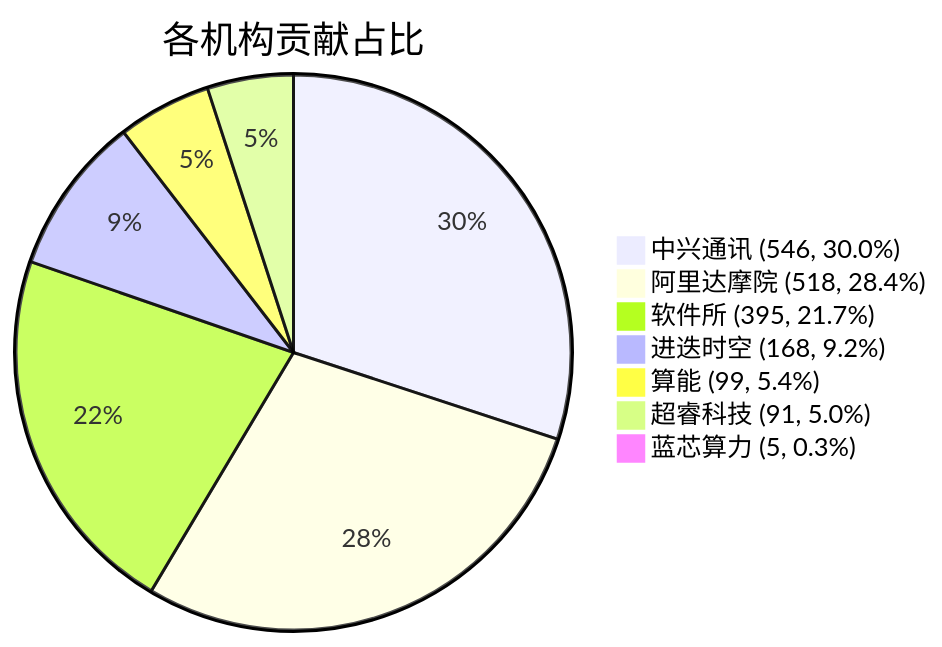
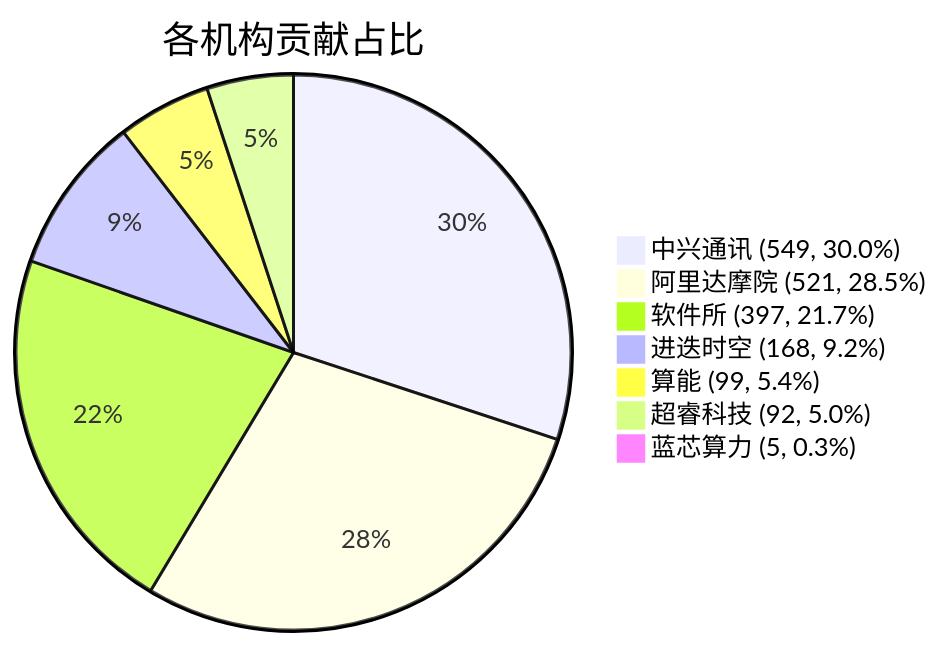
Before and after one commit to RVCK-Project/rvck: the diagram in docs/index.md, drawn with Mermaid. The commit also changed other lines of this file and 24 other files, not shown here.

````diff
--- a/docs/index.md
+++ b/docs/index.md
@@ -34,10 +34,10 @@
 ```mermaid
 pie title 各机构贡献占比
-    "中兴通讯 (546, 30.0%)" : 546
-    "阿里达摩院 (518, 28.4%)" : 518
-    "软件所 (395, 21.7%)" : 395
+    "中兴通讯 (549, 30.0%)" : 549
+    "阿里达摩院 (521, 28.5%)" : 521
+    "软件所 (397, 21.7%)" : 397
     "进迭时空 (168, 9.2%)" : 168
     "算能 (99, 5.4%)" : 99
-    "超睿科技 (91, 5.0%)" : 91
+    "超睿科技 (92, 5.0%)" : 92
     "蓝芯算力 (5, 0.3%)" : 5
 ```
````
